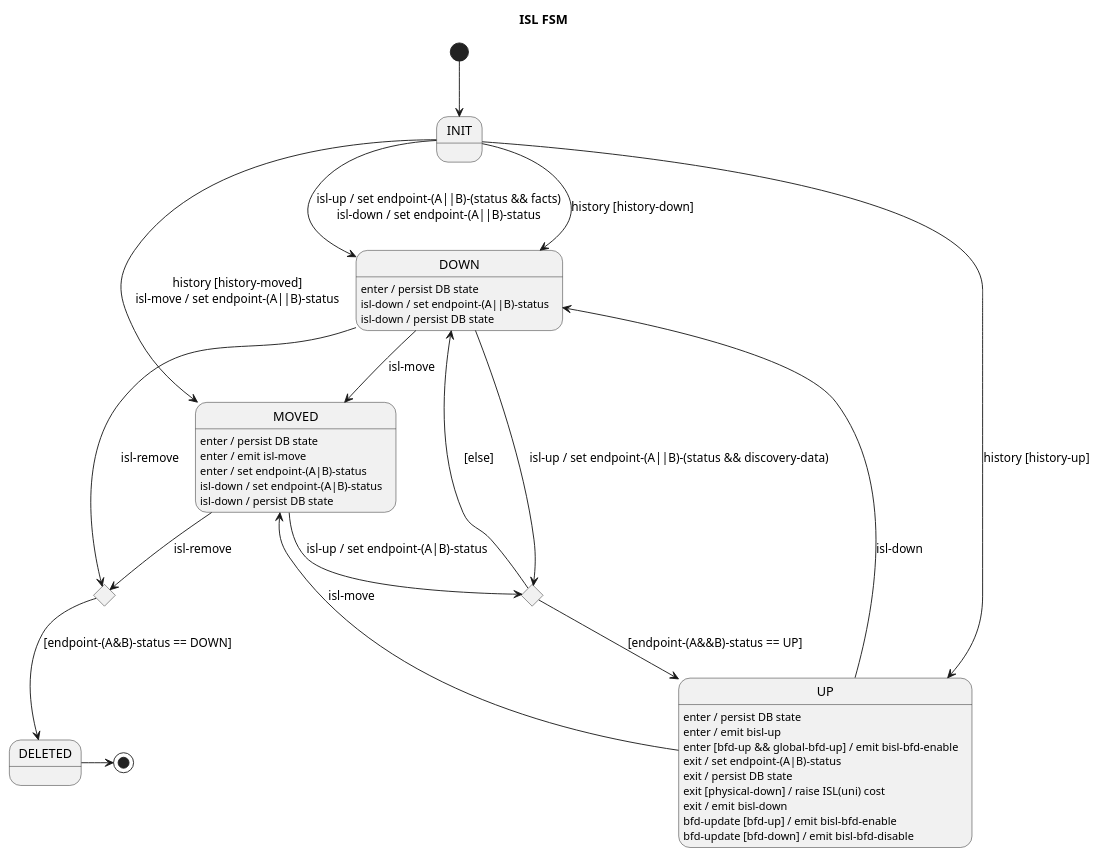
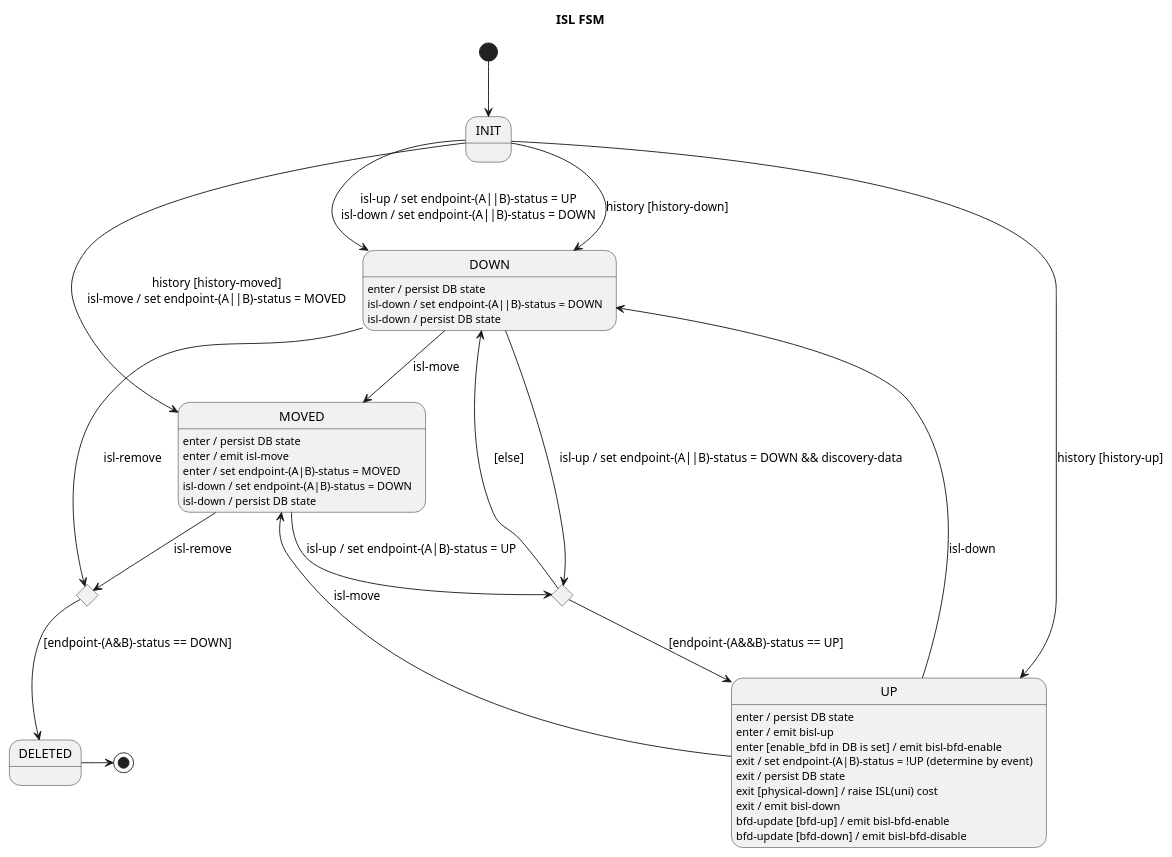
One commit to telstra/open-kilda changed the diagram in docs/design/network-discovery/ISL-FSM.puml. Above: the diagram before and after it, drawn with PlantUML. The commit also changed 16 other files, not shown here.

First line of the commit message:
Expose ISL down reason

```diff
--- a/docs/design/network-discovery/ISL-FSM.puml
+++ b/docs/design/network-discovery/ISL-FSM.puml
@@ -19,46 +19,46 @@
 @startuml
 title ISL FSM
 
 [*] --> INIT
 
-INIT --> DOWN : isl-up / set endpoint-(A||B)-(status && facts)\nisl-down / set endpoint-(A||B)-status
+INIT --> DOWN : isl-up / set endpoint-(A||B)-status = UP\nisl-down / set endpoint-(A||B)-status = DOWN
 INIT --> DOWN : history [history-down]
 INIT --> UP : history [history-up]
-INIT --> MOVED : history [history-moved]\nisl-move / set endpoint-(A||B)-status
+INIT --> MOVED : history [history-moved]\nisl-move / set endpoint-(A||B)-status = MOVED
 
 state upAttempt <<choice>>
 state deleteAttempt <<choice>>
 deleteAttempt --> DELETED : [endpoint-(A&B)-status == DOWN]
 
-DOWN --> upAttempt : isl-up / set endpoint-(A||B)-(status && discovery-data)
+DOWN --> upAttempt : isl-up / set endpoint-(A||B)-status = DOWN && discovery-data
 DOWN --> MOVED : isl-move
 DOWN : enter / persist DB state
-DOWN : isl-down / set endpoint-(A||B)-status
+DOWN : isl-down / set endpoint-(A||B)-status = DOWN
 DOWN : isl-down / persist DB state
 DOWN -> deleteAttempt : isl-remove
 
 upAttempt --> UP : [endpoint-(A&&B)-status == UP]
 upAttempt --> DOWN : [else]
 
 UP --> DOWN : isl-down
 UP --> MOVED : isl-move
 UP : enter / persist DB state
 UP : enter / emit bisl-up
-UP : enter [bfd-up && global-bfd-up] / emit bisl-bfd-enable
-UP : exit / set endpoint-(A|B)-status
+UP : enter [enable_bfd in DB is set] / emit bisl-bfd-enable
+UP : exit / set endpoint-(A|B)-status = !UP (determine by event)
 UP : exit / persist DB state
 UP : exit [physical-down] / raise ISL(uni) cost
 UP : exit / emit bisl-down
 UP : bfd-update [bfd-up] / emit bisl-bfd-enable
 UP : bfd-update [bfd-down] / emit bisl-bfd-disable
 
-MOVED --> upAttempt : isl-up / set endpoint-(A|B)-status
+MOVED --> upAttempt : isl-up / set endpoint-(A|B)-status = UP
 MOVED --> deleteAttempt : isl-remove
 MOVED : enter / persist DB state
 MOVED : enter / emit isl-move
-MOVED : enter / set endpoint-(A|B)-status
-MOVED : isl-down / set endpoint-(A|B)-status
+MOVED : enter / set endpoint-(A|B)-status = MOVED
+MOVED : isl-down / set endpoint-(A|B)-status = DOWN
 MOVED : isl-down / persist DB state
 
 DELETED -> [*]
 @enduml
```
